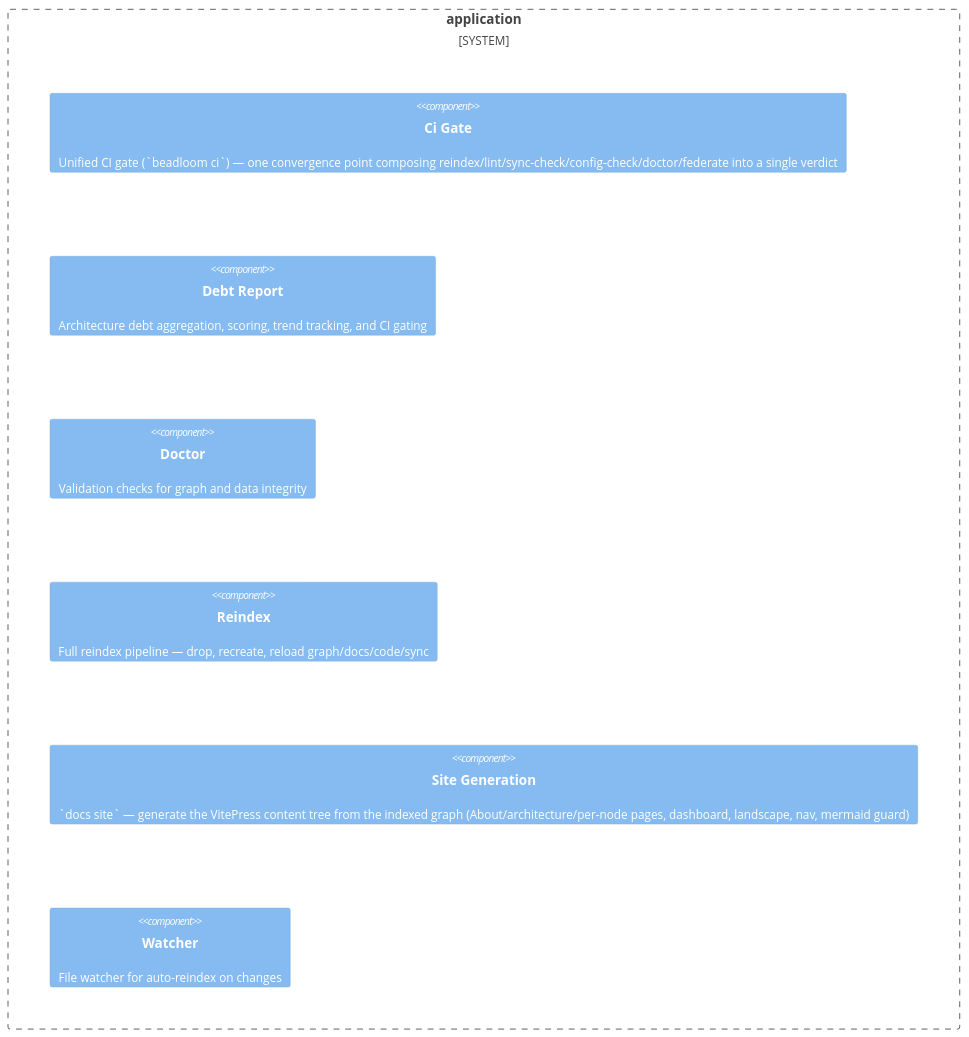
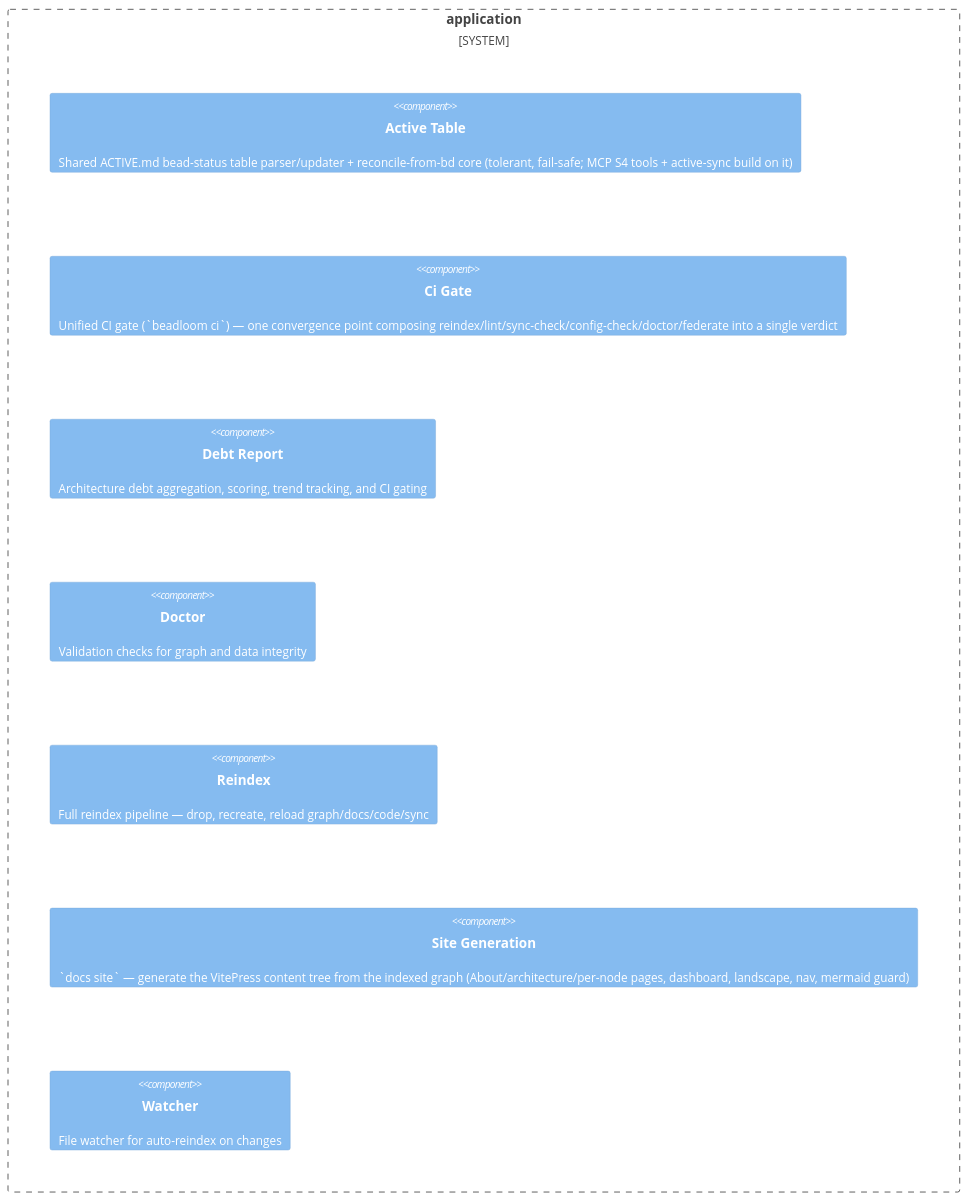
Before and after one commit to zoologov/beadloom: the diagram in site/domains/application.md, drawn with Mermaid. The commit also changed other lines of this file and 78 other files, not shown here.

First line of the commit message:
[BDL-053] Tracker / ACTIVE coherence hook — reconcile-from-bd (#13)

````diff
--- a/site/domains/application.md
+++ b/site/domains/application.md
@@ -92,11 +98,12 @@
 ```mermaid
 C4Container
     System_Boundary(application_boundary, "application") {
+        Component(active_table, "Active Table", "", "Shared ACTIVE.md bead-status table parser/updater + reconcile-from-bd core (tolerant, fail-safe; MCP S4 tools + active-sync build on it)")
         Component(ci_gate, "Ci Gate", "", "Unified CI gate (`beadloom ci`) — one convergence point composing reindex/lint/sync-check/config-check/doctor/federate into a single verdict")
         Component(debt_report, "Debt Report", "", "Architecture debt aggregation, scoring, trend tracking, and CI gating")
         Component(doctor, "Doctor", "", "Validation checks for graph and data integrity")
         Component(reindex, "Reindex", "", "Full reindex pipeline — drop, recreate, reload graph/docs/code/sync")
         Component(site_generation, "Site Generation", "", "`docs site` — generate the VitePress content tree from the indexed graph (About/architecture/per-node pages, dashboard, landscape, nav, mermaid guard)")
         Component(watcher, "Watcher", "", "File watcher for auto-reindex on changes")
     }
 ```
````
